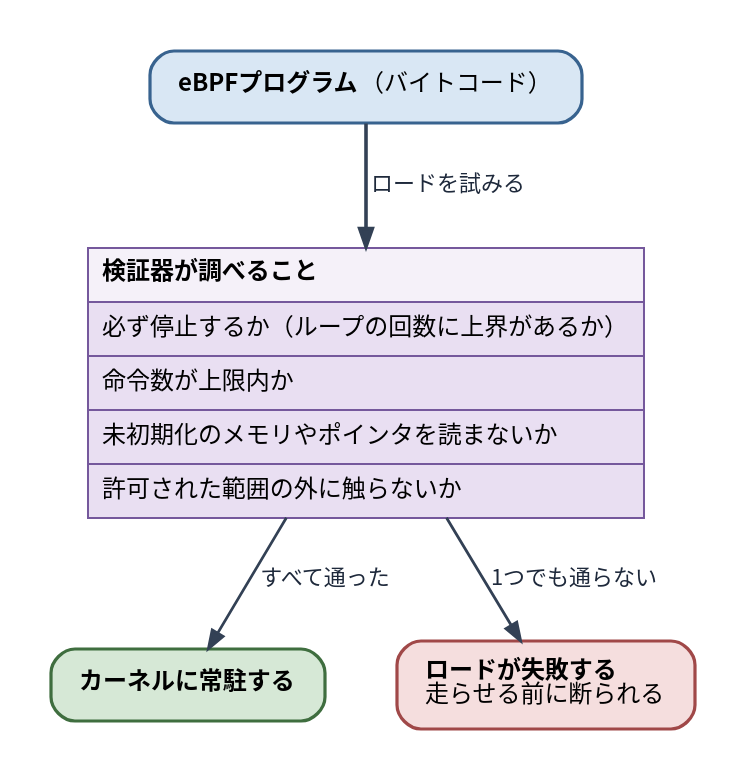
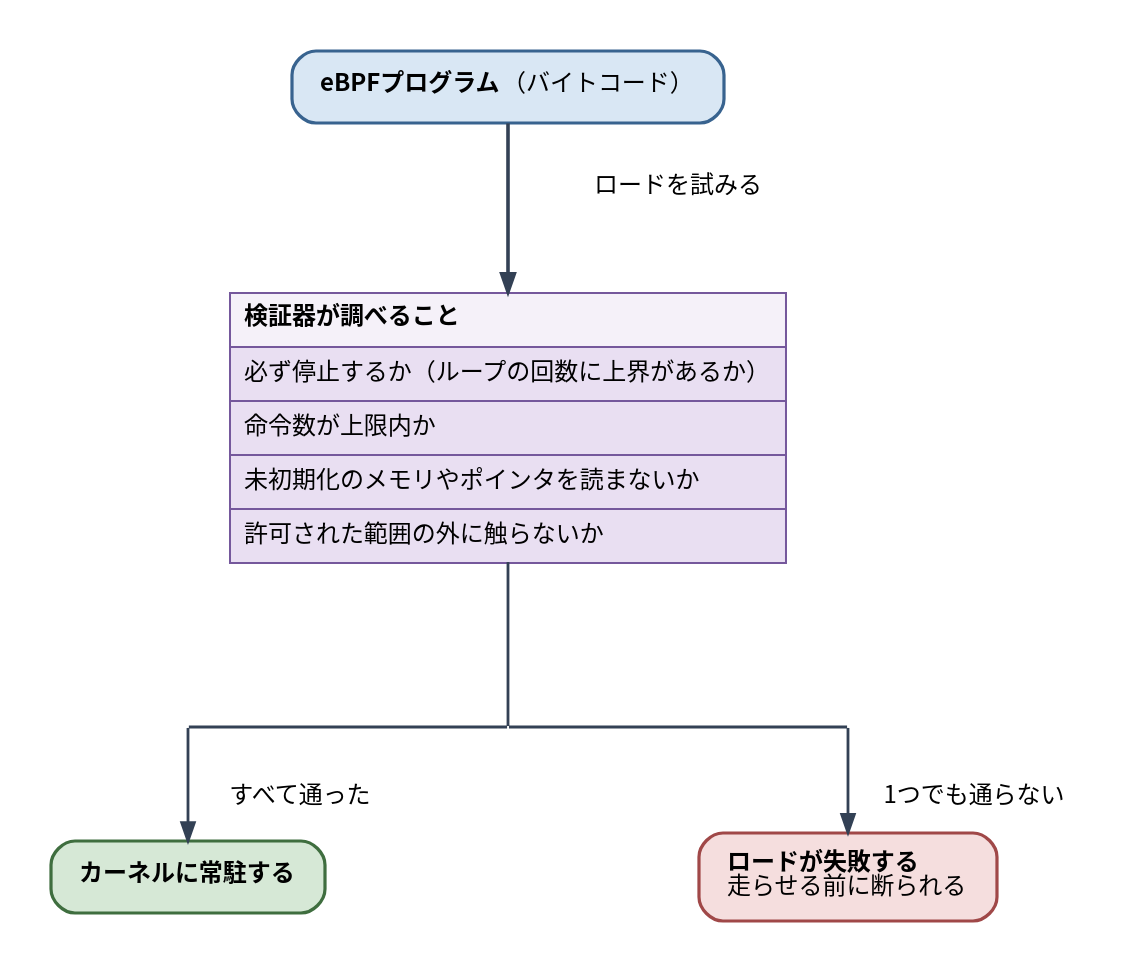
One commit to ymotongpoo/zenn.dev changed the diagram in diagrams/go-ebpf-primer/20260820-verifier.dot. Above: the diagram before and after it, drawn with Graphviz. The commit also changed 98 other files, not shown here.

First line of the commit message:
図版の線を水平垂直の直線に統一し、角の隙間を埋める後処理を追加した

```diff
--- a/diagrams/go-ebpf-primer/20260820-verifier.dot
+++ b/diagrams/go-ebpf-primer/20260820-verifier.dot
@@ -1,38 +1,48 @@
 // 検証器が課す制約
 digraph verifier {
   graph [
+    layout=neato, inputscale=72, splines=line,
     fontname="Harano Aji Gothic,Noto Sans CJK JP,IPAGothic", fontsize=13,
-    rankdir=TB, compound=true, splines=true,
-    nodesep=0.5, ranksep=0.7, pad=0.25,
-    bgcolor="white", newrank=true
+    bgcolor="white", pad=0.25
   ];
   node [
     fontname="Harano Aji Gothic,Noto Sans CJK JP,IPAGothic", fontsize=12,
     shape=box, style="rounded,filled",
     fillcolor="#F1F5F9", color="#475569", penwidth=1.6,
     margin="0.2,0.14"
   ];
   edge [
     fontname="Harano Aji Gothic,Noto Sans CJK JP,IPAGothic", fontsize=11,
     color="#334155", penwidth=1.4, arrowsize=0.9,
     fontcolor="#1E293B"
   ];
 
-  prog [label=<<b>eBPFプログラム</b>（バイトコード）>, fillcolor="#D9E7F4", color="#38638F"];
+  prog [pos="250,480!", label=<<b>eBPFプログラム</b>（バイトコード）>, fillcolor="#D9E7F4", color="#38638F"];
+  L0 [pos="335,430!", shape=plaintext, style="", label="ロードを試みる"];
 
-  checks [shape=plain, style="", label=<
+  checks [pos="250,310!", shape=plain, style="", label=<
     <table border="0" cellborder="1" cellspacing="0" cellpadding="6" color="#75589C">
       <tr><td align="left" bgcolor="#F5F1F9"><b>検証器が調べること</b></td></tr>
       <tr><td align="left" bgcolor="#E9DFF2">必ず停止するか（ループの回数に上界があるか）</td></tr>
       <tr><td align="left" bgcolor="#E9DFF2">命令数が上限内か</td></tr>
       <tr><td align="left" bgcolor="#E9DFF2">未初期化のメモリやポインタを読まないか</td></tr>
       <tr><td align="left" bgcolor="#E9DFF2">許可された範囲の外に触らないか</td></tr>
     </table>>];
 
-  ok [label=<<b>カーネルに常駐する</b>>, fillcolor="#D6E8D6", color="#3F6E3F"];
-  ng [label=<<b>ロードが失敗する</b><br align="left"/>走らせる前に断られる<br align="left"/>>, fillcolor="#F5DEDE", color="#A04848"];
+  j  [pos="250,160!", shape=point, width=0.01, style=invis];
+  jl [pos="90,160!",  shape=point, width=0.01, style=invis];
+  jr [pos="420,160!", shape=point, width=0.01, style=invis];
 
-  prog -> checks [label=" ロードを試みる", penwidth=1.8];
-  checks -> ok [label=" すべて通った"];
-  checks -> ng [label=" 1つでも通らない"];
+  ok [pos="90,85!", label=<<b>カーネルに常駐する</b>>, fillcolor="#D6E8D6", color="#3F6E3F"];
+  ng [pos="420,85!", label=<<b>ロードが失敗する</b><br align="left"/>走らせる前に断られる<br align="left"/>>, fillcolor="#F5DEDE", color="#A04848"];
+
+  L1 [pos="146,125!", shape=plaintext, style="", label="すべて通った"];
+  L2 [pos="483,125!", shape=plaintext, style="", label="1つでも通らない"];
+
+  prog -> checks [penwidth=1.8];
+  checks -> j [dir=none];
+  j -> jl [dir=none];
+  j -> jr [dir=none];
+  jl -> ok;
+  jr -> ng;
 }
```
